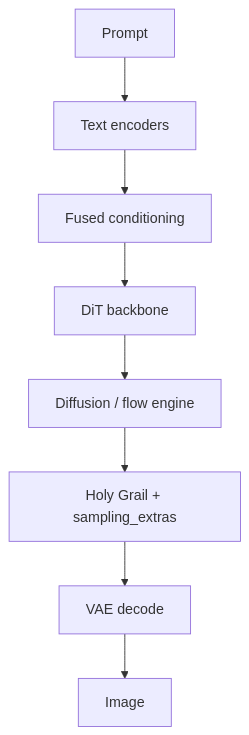
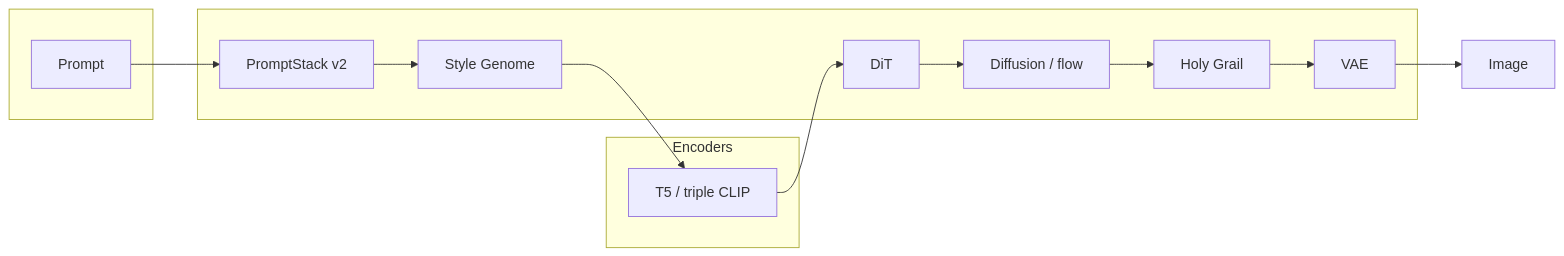
Before and after one commit to Llunarstack/sdx: the diagram in README.md, drawn with Mermaid. The commit also changed other lines of this file and 336 other files, not shown here.

First line of the commit message:
release: SDX v8.0.0 — Style Genome, PromptStack v2, native style ops

````diff
--- a/README.md
+++ b/README.md
@@ -35,10 +99,21 @@
 ```mermaid
-flowchart TD
-  PR[Prompt] --> TE[Text encoders]
-  TE --> FC[Fused conditioning]
-  FC --> DIT[DiT backbone]
-  DIT --> DE[Diffusion / flow engine]
-  DE --> HG[Holy Grail + sampling_extras]
-  HG --> VAE[VAE decode]
-  VAE --> IM[Image]
+flowchart LR
+  subgraph in[" "]
+    PR[Prompt]
+  end
+  subgraph enc["Encoders"]
+    TE[T5 / triple CLIP]
+  end
+  subgraph core[" "]
+    PS[PromptStack v2]
+    SG[Style Genome]
+    DIT[DiT]
+    DE[Diffusion / flow]
+    HG[Holy Grail]
+    VAE[VAE]
+  end
+  PR --> PS
+  PS --> SG
+  SG --> TE
+  TE --> DIT --> DE --> HG --> VAE --> IM[Image]
 ```
````
